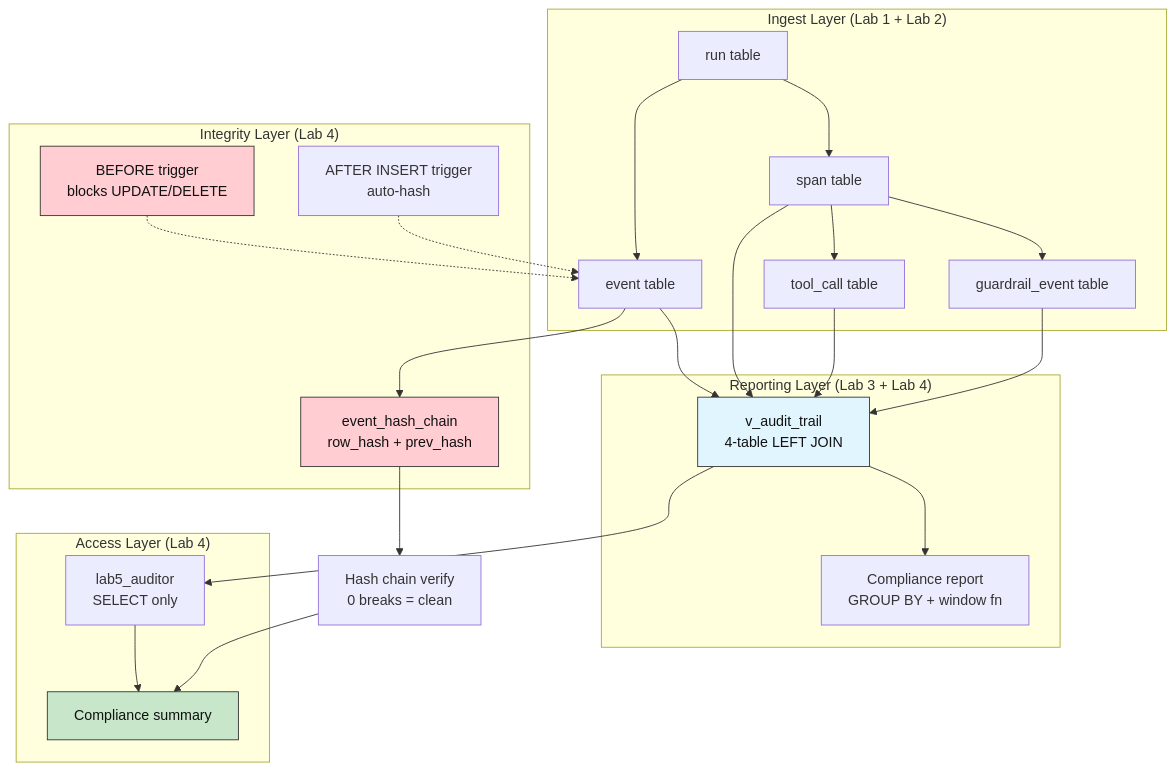
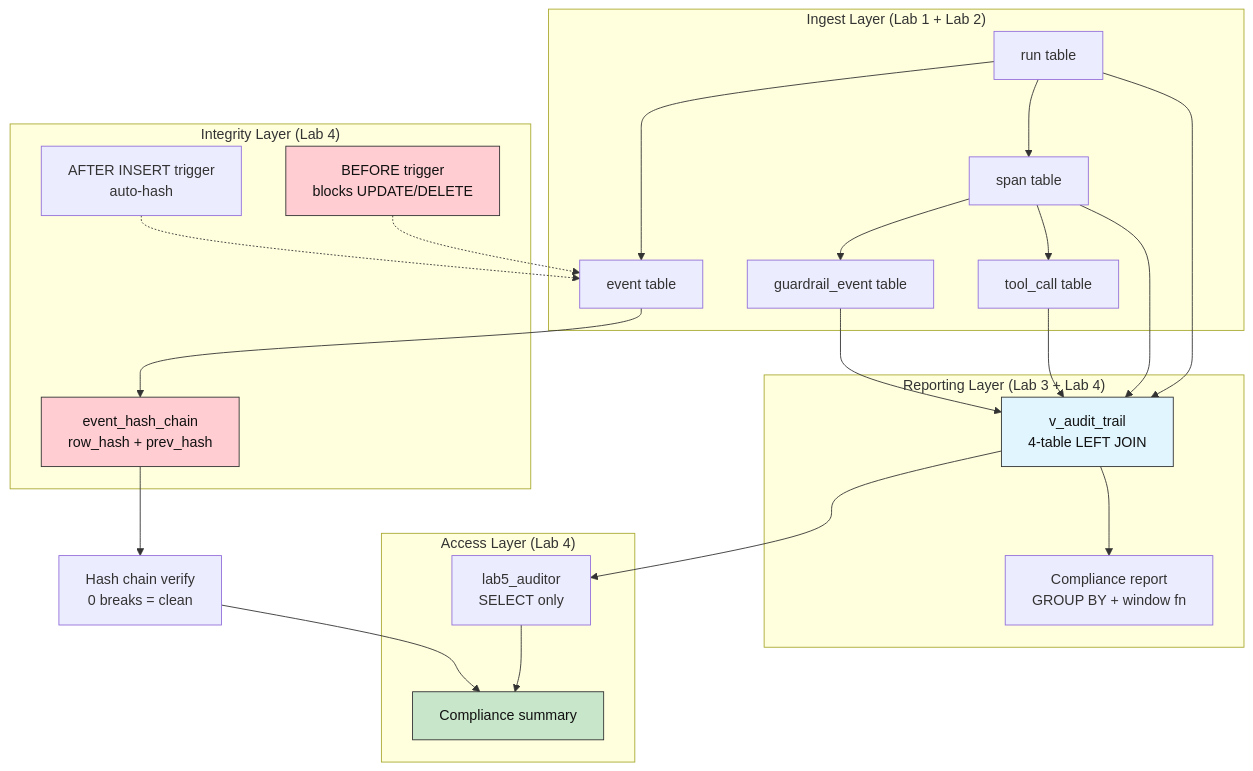
The third of 3 diagrams in Audit-DB-Labs/Lab 5 - Capstone Project - Agent Audit and Compliance Platform/lab-capstone-project.md (CogKnowEdge-Solutions/Context-Memory-Layer), drawn with Mermaid before and after one commit. The commit also changed other lines of this file and 2 other files, not shown here.

Commit message:
chore: Lab 5 refinements - rubric clarification, bonus cap note, Mermaid fix, add README

````diff
--- a/Audit-DB-Labs/Lab 5 - Capstone Project - Agent Audit and Compliance Platform/lab-capstone-project.md
+++ b/Audit-DB-Labs/Lab 5 - Capstone Project - Agent Audit and Compliance Platform/lab-capstone-project.md
@@ -356,36 +358,36 @@
 ```mermaid
 flowchart TD
     subgraph "Ingest Layer (Lab 1 + Lab 2)"
         RUN["run table"] --> SPAN["span table"]
         SPAN --> TC["tool_call table"]
         SPAN --> GE["guardrail_event table"]
         RUN --> EV["event table"]
     end
 
     subgraph "Integrity Layer (Lab 4)"
         TRIGGER["BEFORE trigger\nblocks UPDATE/DELETE"] -.-> EV
         HASH_TRIGGER["AFTER INSERT trigger\nauto-hash"] -.-> EV
         EV --> EHC["event_hash_chain\nrow_hash + prev_hash"]
     end
 
     subgraph "Reporting Layer (Lab 3 + Lab 4)"
-        EV --> VIEW["v_audit_trail\n4-table LEFT JOIN"]
+        RUN --> VIEW["v_audit_trail\n4-table LEFT JOIN"]
         SPAN --> VIEW
         TC --> VIEW
         GE --> VIEW
         VIEW --> REPORT["Compliance report\nGROUP BY + window fn"]
     end
 
     subgraph "Access Layer (Lab 4)"
         VIEW --> AUDITOR["lab5_auditor\nSELECT only"]
         AUDITOR --> SUMMARY["Compliance summary"]
     end
 
     EHC --> VERIFY["Hash chain verify\n0 breaks = clean"]
     VERIFY --> SUMMARY
 
     style TRIGGER fill:#ffcdd2,stroke:#333,color:#111
     style EHC fill:#ffcdd2,stroke:#333,color:#111
     style VIEW fill:#e1f5ff,stroke:#333,color:#111
     style SUMMARY fill:#c8e6c9,stroke:#333,color:#111
 ```
````
